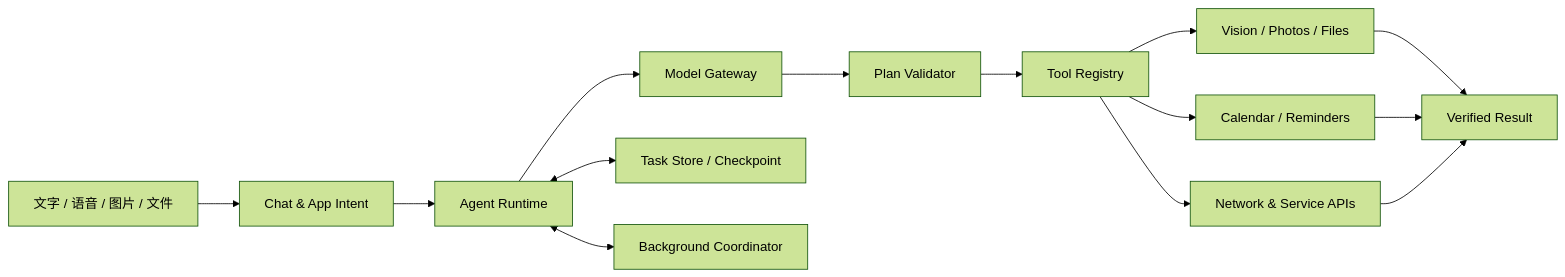
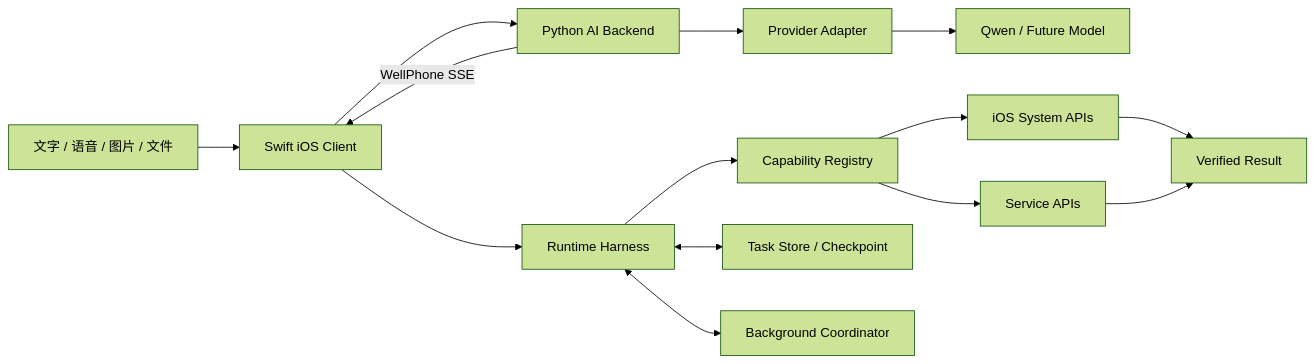
The diagram in README.md (Kirin-Hunter-Nan/wellphone), drawn with Mermaid (forest theme) before and after one commit. The commit also changed other lines of this file and 49 other files, not shown here.

Commit message:
feat: migrate AI backend to Python

````diff
--- a/README.md
+++ b/README.md
@@ -17,16 +17,16 @@
 ```mermaid
 flowchart LR
-    A["文字 / 语音 / 图片 / 文件"] --> B["Chat & App Intent"]
-    B --> C["Agent Runtime"]
-    C --> D["Model Gateway"]
-    D --> E["Plan Validator"]
-    E --> F["Tool Registry"]
-    C <--> G["Task Store / Checkpoint"]
-    C <--> H["Background Coordinator"]
-    F --> I["Vision / Photos / Files"]
-    F --> J["Calendar / Reminders"]
-    F --> K["Network & Service APIs"]
-    I --> L["Verified Result"]
-    J --> L
+    A["文字 / 语音 / 图片 / 文件"] --> B["Swift iOS Client"]
+    B --> C["Python AI Backend"]
+    C --> D["Provider Adapter"]
+    D --> E["Qwen / Future Model"]
+    C -->|"WellPhone SSE"| B
+    B --> F["Runtime Harness"]
+    F --> G["Capability Registry"]
+    F <--> H["Task Store / Checkpoint"]
+    F <--> I["Background Coordinator"]
+    G --> J["iOS System APIs"]
+    G --> K["Service APIs"]
+    J --> L["Verified Result"]
     K --> L
 ```
````
